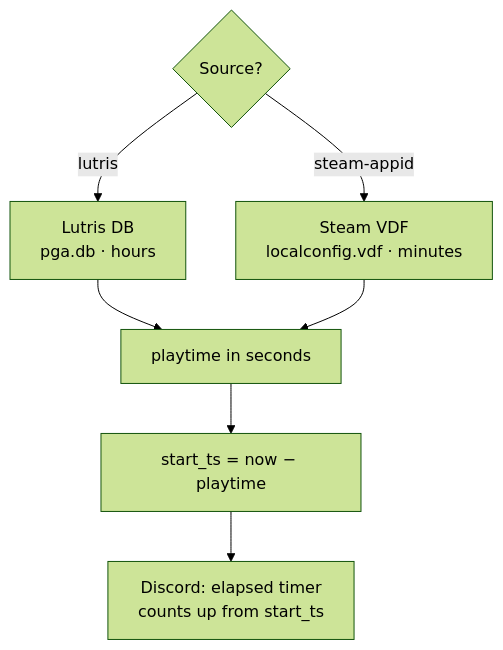
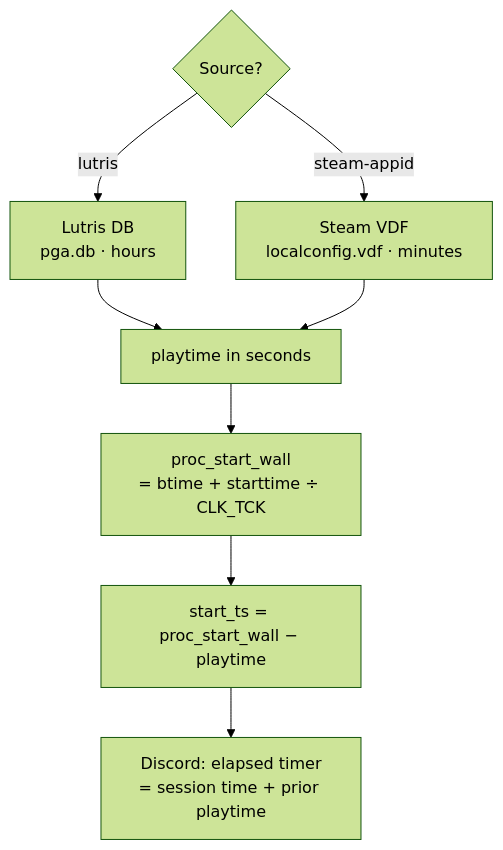
One commit to jayng9663/VN-Presence changed the fifth of 5 diagrams in README.md. Above: the diagram before and after it, drawn with Mermaid (forest theme). The commit also changed other lines of this file and 5 other files, not shown here.

First line of the commit message:
feat: base Discord timer on process start + prior playtime

````diff
--- a/README.md
+++ b/README.md
@@ -129,10 +129,11 @@
 ```mermaid
 flowchart TD
     SRC{Source?}
     SRC -- lutris --> LDB[Lutris DB\npga.db · hours]
     SRC -- steam-appid --> VDF[Steam VDF\nlocalconfig.vdf · minutes]
     LDB --> PT[playtime in seconds]
     VDF --> PT
-    PT --> TS[start_ts = now − playtime]
-    TS --> DISC[Discord: elapsed timer\ncounts up from start_ts]
+    PT --> PROC[proc_start_wall\n= btime + starttime ÷ CLK_TCK]
+    PROC --> TS[start_ts = proc_start_wall − playtime]
+    TS --> DISC[Discord: elapsed timer\n= session time + prior playtime]
 ```
````
